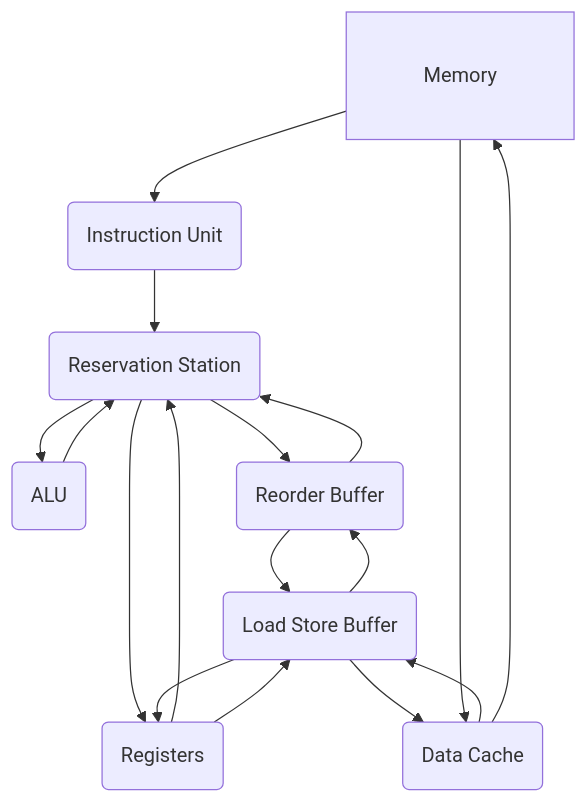
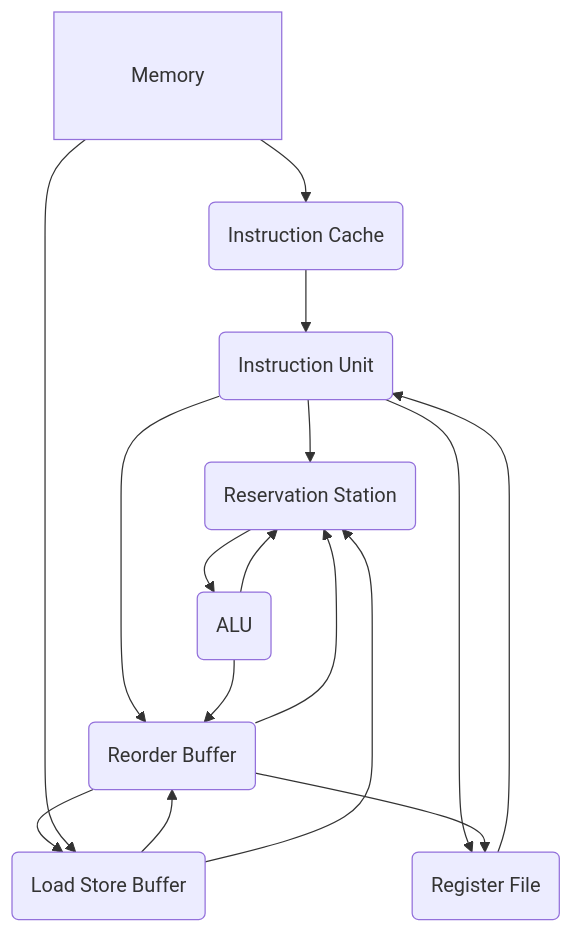
The diagram in doc/diagram.md (VargVain/RISC-V-CPU), drawn with Mermaid before and after one commit. The commit also changed other lines of this file and 2 other files, not shown here.

Commit message:
docs: update README and diagram

````diff
--- a/doc/diagram.md
+++ b/doc/diagram.md
@@ -3,29 +3,28 @@
 ```mermaid
 graph TB
 
 mem[<br/> &nbsp &nbsp &nbsp &nbsp Memory &nbsp &nbsp &nbsp &nbsp  <br /><br/>]
+ic(Instruction Cache)
 ins(Instruction Unit)
 rs(Reservation Station)
 alu(ALU)
 rob(Reorder Buffer)
-rg(Registers)
+rf(Register File)
 lsb(Load Store Buffer)
-cache(Data Cache)
 
-mem-->ins
+mem-->ic
+ic-->ins
 ins-->rs
+ins-->rob
+ins-->rf
 rs-->alu
+alu-->rob
 alu-->rs
-rs-->rob
 rob-->rs
 rob-->lsb
 lsb-->rob
-rs-->rg
-rg-->rs
-lsb-->rg
-rg-->lsb
-lsb-->cache
-cache-->lsb
-cache-->mem
-mem-->cache
+lsb-->rs
+rob-->rf
+rf-->ins
+mem-->lsb
 ```
````
